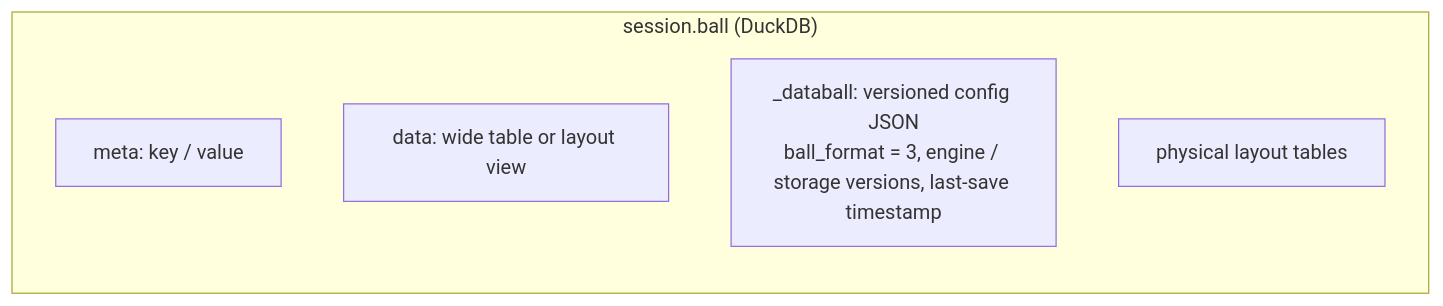
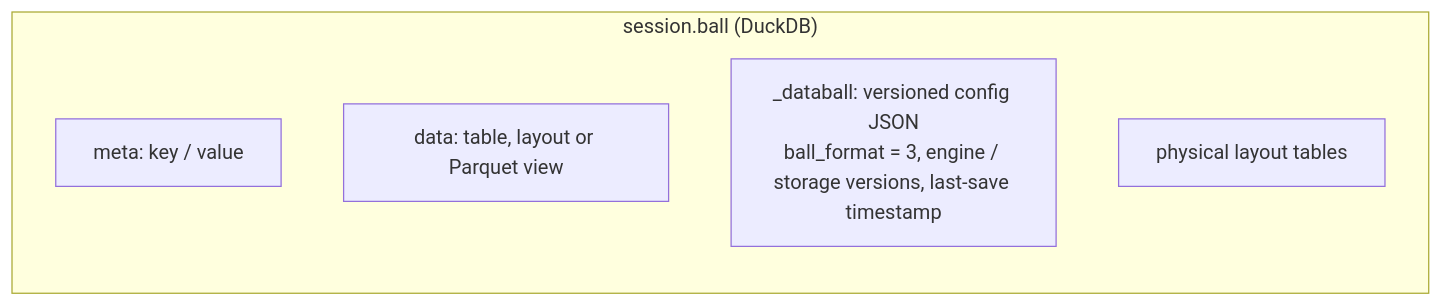
One commit to squalor-xyz/DataBall changed diagram 11 of 11 in docs/how-it-works.md. Above: the diagram before and after it, drawn with Mermaid. The commit also changed other lines of this file and 22 other files, not shown here.

````diff
--- a/docs/how-it-works.md
+++ b/docs/how-it-works.md
@@ -198,9 +200,9 @@
 ```mermaid
 flowchart LR
     subgraph ball["session.ball (DuckDB)"]
         meta["meta: key / value"]
-        data["data: wide table or layout view"]
+        data["data: table, layout or Parquet view"]
         cfg["_databall: versioned config JSON<br/>ball_format = 3, engine / storage versions, last-save timestamp"]
         tbl["physical layout tables"]
     end
 ```
````
